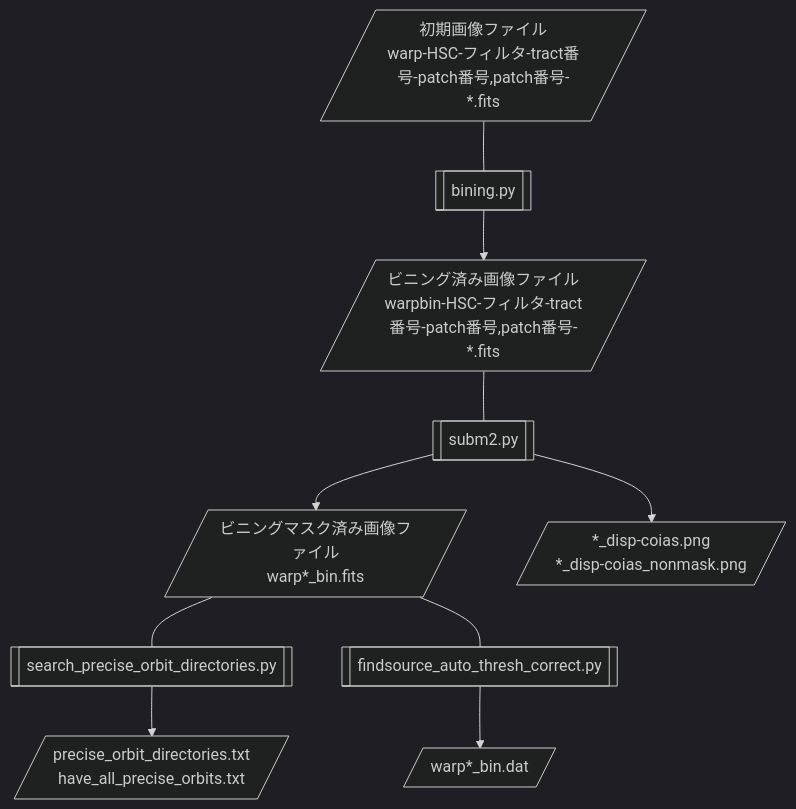
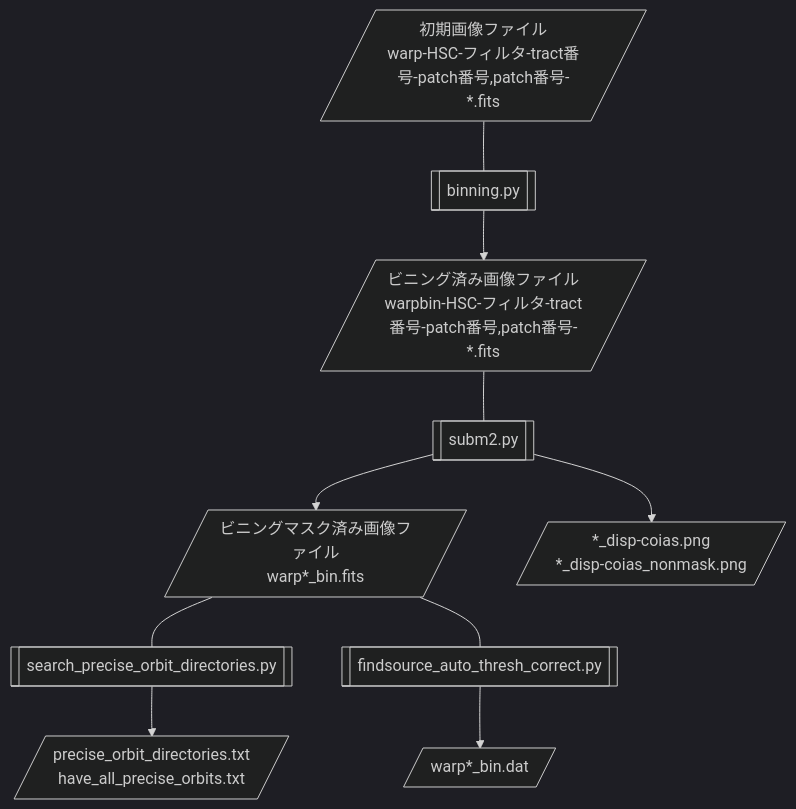
Before and after one commit to COIAS-program/COIAS_program_github: the diagram in flowcharts/flowchart1-startsearch2R.md, drawn with Mermaid (dark theme).

Commit message:
微修正

```````diff
--- a/flowcharts/flowchart1-startsearch2R.md
+++ b/flowcharts/flowchart1-startsearch2R.md
@@ -3,19 +3,19 @@
 ```mermaid
 flowchart TD
-    A[/初期画像ファイル\nwarp-HSC-フィルタ-tract番号-patch番号,patch番号-*.fits/] --- B[[bining.py]]
+    A[/初期画像ファイル\nwarp-HSC-フィルタ-tract番号-patch番号,patch番号-*.fits/] --- B[[binning.py]]
     B --> C[/ビニング済み画像ファイル\nwarpbin-HSC-フィルタ-tract番号-patch番号,patch番号-*.fits/]
     C --- D[[subm2.py]]
     D --> E[/ビニングマスク済み画像ファイル\nwarp*_bin.fits/]
     D --> F[/*_disp-coias.png\n*_disp-coias_nonmask.png/]
     E --- G[[search_precise_orbit_directories.py]]
     G --> H[/precise_orbit_directories.txt\nhave_all_precise_orbits.txt/]
     E --- J[[findsource_auto_thresh_correct.py]]
     J --> K[/warp*_bin.dat/]
 
     click B "https://github.com/COIAS-program/COIAS_program_github/blob/main/src2_startsearch2R/binning.py"
     click D "https://github.com/COIAS-program/COIAS_program_github/blob/main/src2_startsearch2R/subm2.py"
     click G "https://github.com/COIAS-program/COIAS_program_github/blob/main/src2_startsearch2R/search_precise_orbit_directories.py"
     click J "https://github.com/COIAS-program/COIAS_program_github/blob/main/src2_startsearch2R/findsource_auto_thresh_correct.py"
     click H "https://github.com/COIAS-program/COIAS_program_github/blob/main/flowcharts/sample1/precise_orbit_directories_and_have_all_precise_orbits.txt"
     click K "https://github.com/COIAS-program/COIAS_program_github/blob/main/flowcharts/sample1/warp01_bin.dat"
 ``````
```````
